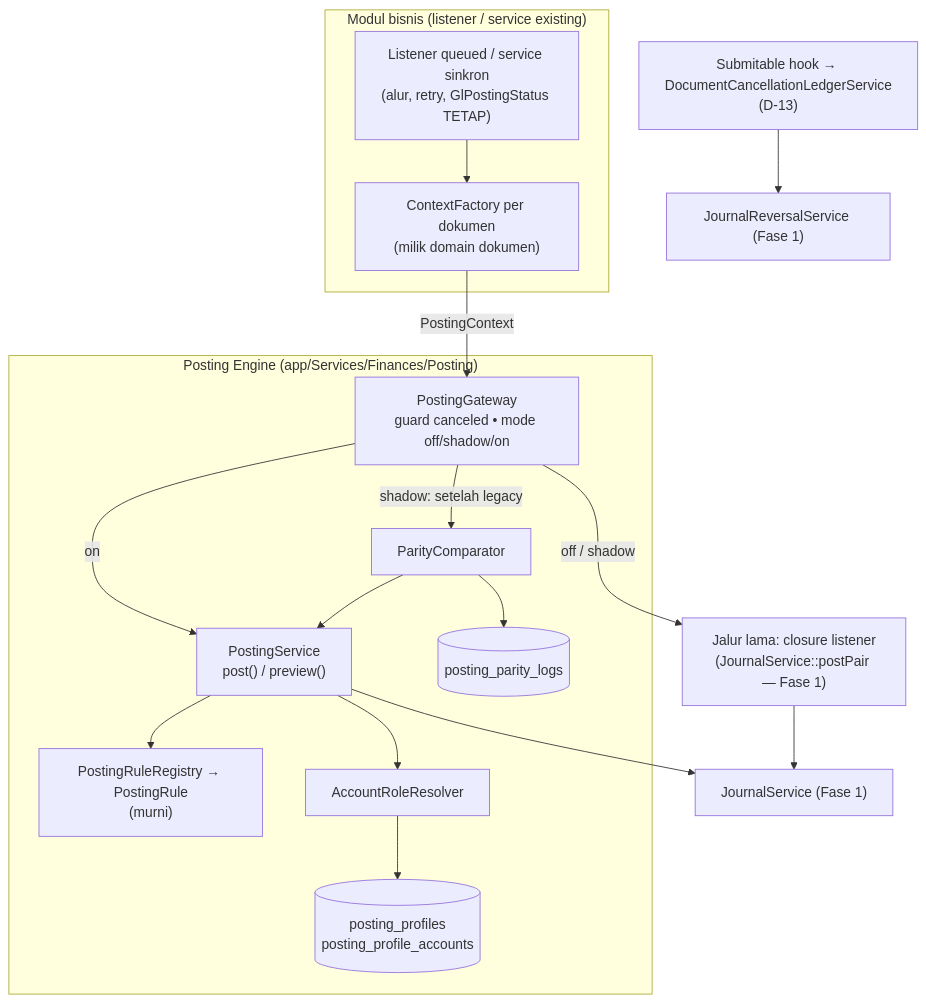
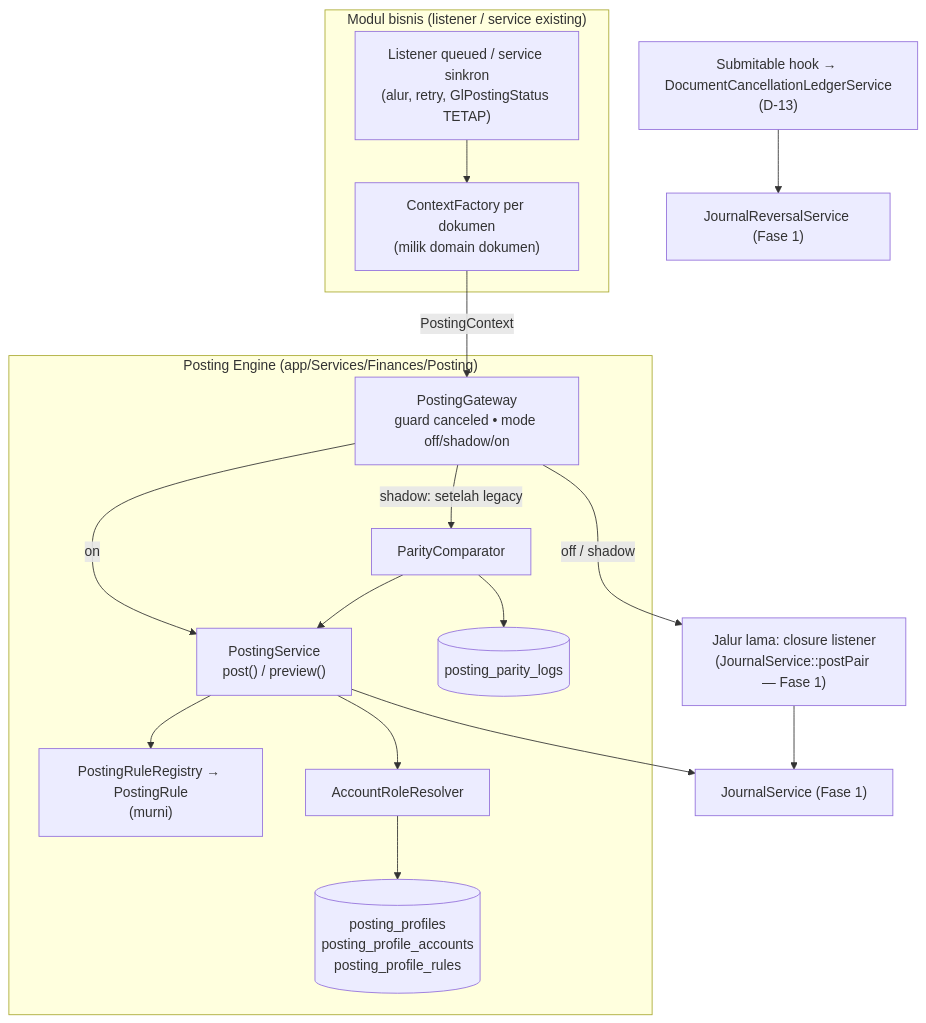
Before and after one commit to RimbunCode/erp_pataya: the diagram in .kiro/specs/finance-p2-posting-engine/design.md, drawn with Mermaid. The commit also changed other lines of this file and 37 other files, not shown here.

````diff
--- a/.kiro/specs/finance-p2-posting-engine/design.md
+++ b/.kiro/specs/finance-p2-posting-engine/design.md
@@ -25,27 +25,27 @@
 ```mermaid
 flowchart TD
     subgraph MOD["Modul bisnis (listener / service existing)"]
         LF["ContextFactory per dokumen<br/>(milik domain dokumen)"]
         LN["Listener queued / service sinkron<br/>(alur, retry, GlPostingStatus TETAP)"]
     end
     LN --> LF
     LF -->|PostingContext| GW
     subgraph ENG["Posting Engine (app/Services/Finances/Posting)"]
         GW["PostingGateway<br/>guard canceled • mode off/shadow/on"]
         PS["PostingService<br/>post() / preview()"]
         RR["PostingRuleRegistry → PostingRule<br/>(murni)"]
         AR["AccountRoleResolver"]
-        PP[("posting_profiles<br/>posting_profile_accounts")]
+        PP[("posting_profiles<br/>posting_profile_accounts<br/>posting_profile_rules")]
         CMP["ParityComparator"]
         PL[("posting_parity_logs")]
         GW -->|on| PS
         GW -->|shadow: setelah legacy| CMP --> PL
         CMP --> PS
         PS --> RR
         PS --> AR --> PP
     end
     GW -->|off / shadow| LEG["Jalur lama: closure listener<br/>(JournalService::postPair — Fase 1)"]
     PS --> JS["JournalService (Fase 1)"]
     LEG --> JS
     CAN["Submitable hook → DocumentCancellationLedgerService<br/>(D-13)"] --> REV["JournalReversalService (Fase 1)"]
 ```
````
